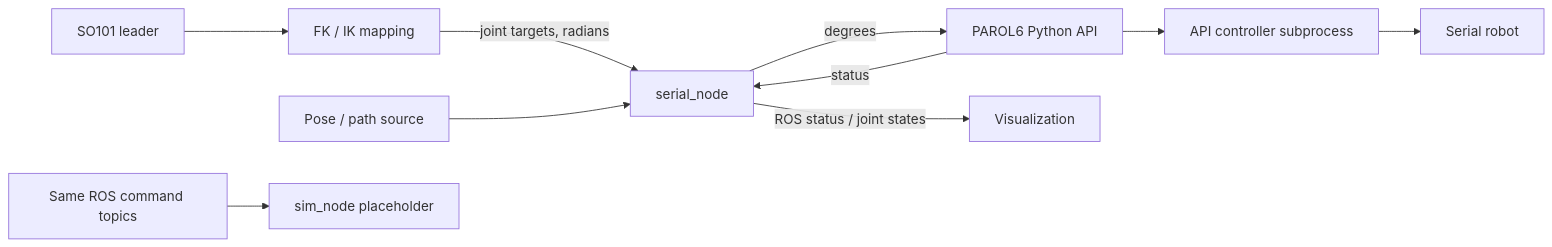
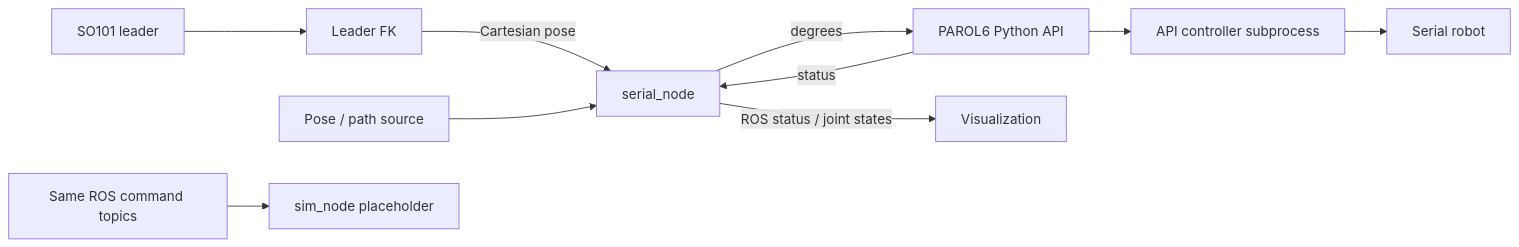
Before and after one commit to marcusoberg/robot_ws: the diagram in README.md, drawn with Mermaid. The commit also changed other lines of this file and 129 other files, not shown here.

````diff
--- a/README.md
+++ b/README.md
@@ -21,12 +24,12 @@
 ```mermaid
 flowchart LR
-    Leader[SO101 leader] --> Mapping[FK / IK mapping]
-    Mapping -->|joint targets, radians| Serial[serial_node]
+    Leader[SO101 leader] --> Mapping[Leader FK]
+    Mapping -->|Cartesian pose| Serial[serial_node]
     Pose[Pose / path source] --> Serial
     Serial -->|degrees| API[PAROL6 Python API]
     API --> Controller[API controller subprocess]
     Controller --> Robot[Serial robot]
     API -->|status| Serial
     Serial -->|ROS status / joint states| Viewer[Visualization]
     Commands[Same ROS command topics] --> Sim[sim_node placeholder]
 ```
````
